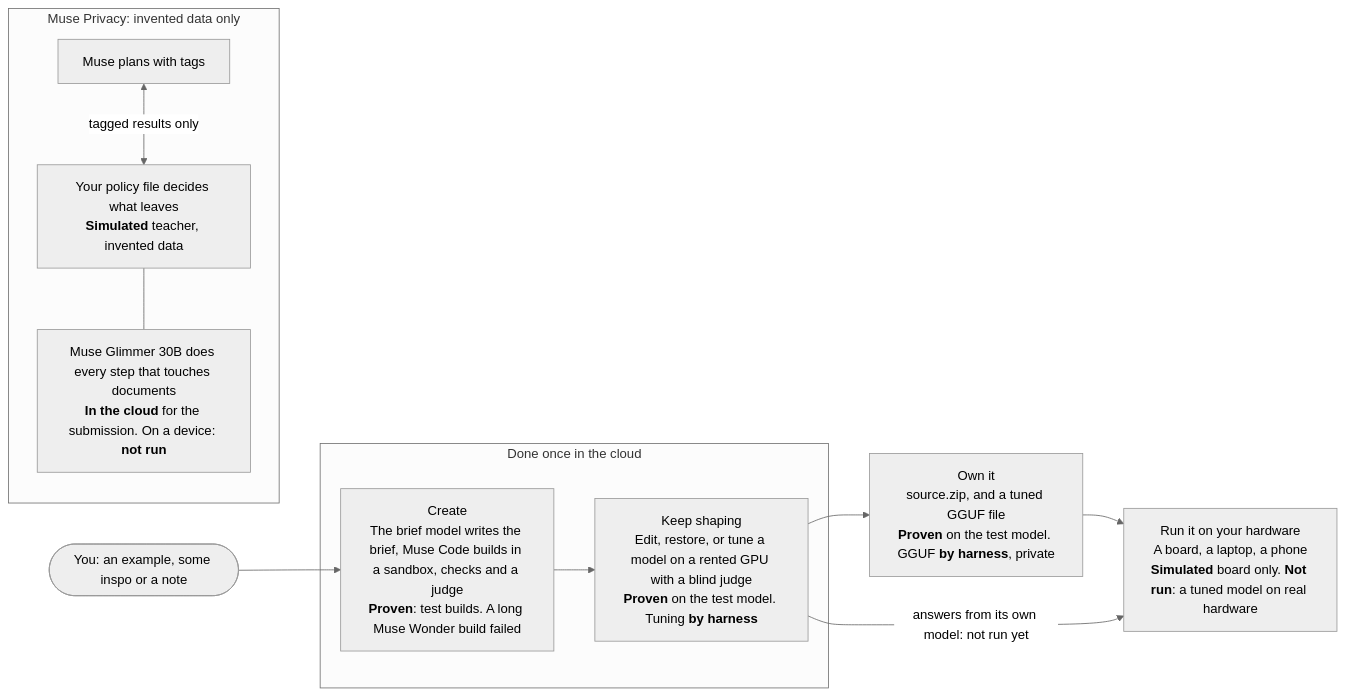
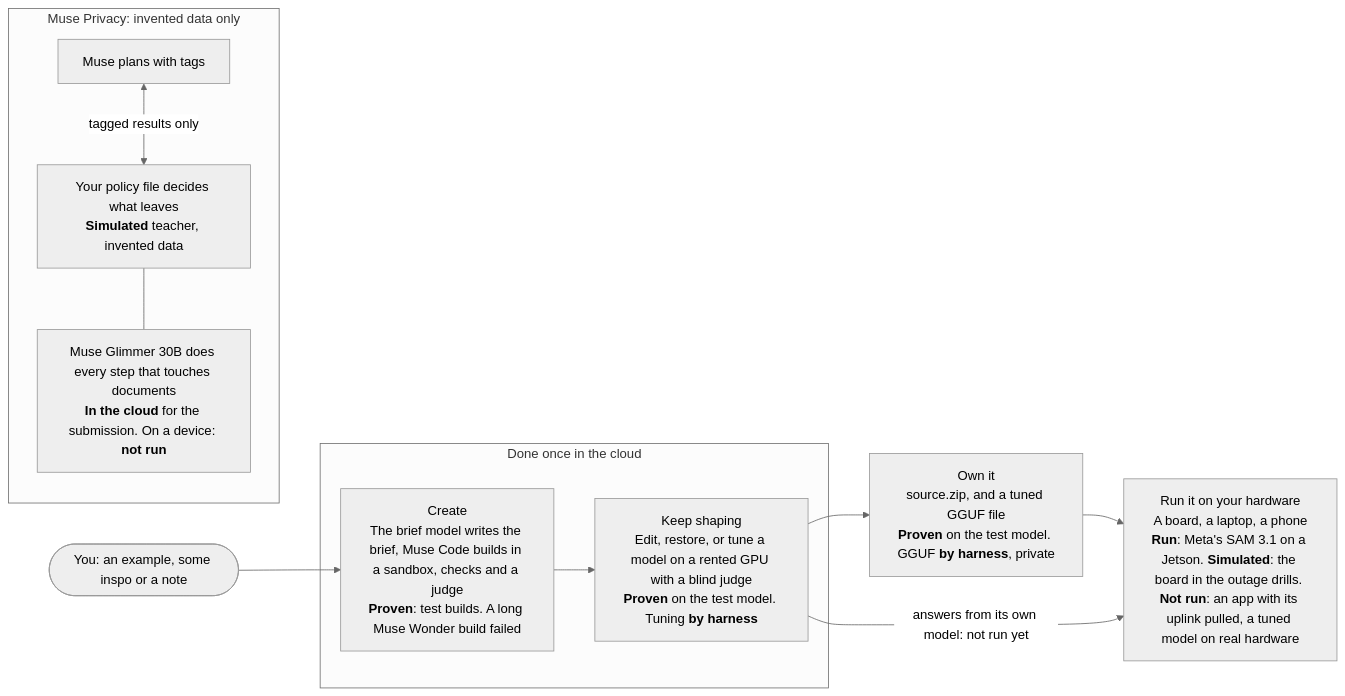
One commit to Offline-Base/muse-muse changed the first of 2 diagrams in README.md. Above: the diagram before and after it, drawn with Mermaid (neutral theme). The commit also changed other lines of this file and 5 other files, not shown here.

````diff
--- a/README.md
+++ b/README.md
@@ -14,23 +36,23 @@
 ```mermaid
 flowchart LR
   you(["You: an example, some inspo or a note"])
 
   subgraph cloud["Done once in the cloud"]
     create["Create<br/>The brief model writes the brief, Muse Code builds in a sandbox, checks and a judge<br/><b>Proven</b>: test builds. A long Muse Wonder build failed"]
     shape["Keep shaping<br/>Edit, restore, or tune a model on a rented GPU with a blind judge<br/><b>Proven</b> on the test model. Tuning <b>by harness</b>"]
   end
 
   own["Own it<br/>source.zip, and a tuned GGUF file<br/><b>Proven</b> on the test model. GGUF <b>by harness</b>, private"]
-  run["Run it on your hardware<br/>A board, a laptop, a phone<br/><b>Simulated</b> board only. <b>Not run</b>: a tuned model on real hardware"]
+  run["Run it on your hardware<br/>A board, a laptop, a phone<br/><b>Run</b>: Meta's SAM 3.1 on a Jetson. <b>Simulated</b>: the board in the outage drills. <b>Not run</b>: an app with its uplink pulled, a tuned model on real hardware"]
 
   subgraph privacy["Muse Privacy: invented data only"]
     muse["Muse plans with tags"]
     device["Muse Glimmer 30B does every step that touches documents<br/><b>In the cloud</b> for the submission. On a device: <b>not run</b>"]
     policy["Your policy file decides what leaves<br/><b>Simulated</b> teacher, invented data"]
   end
 
   you --> create --> shape --> own --> run
   shape -->|"answers from its own model: not run yet"| run
   muse <-->|"tagged results only"| policy
   policy --- device
 ```
````
